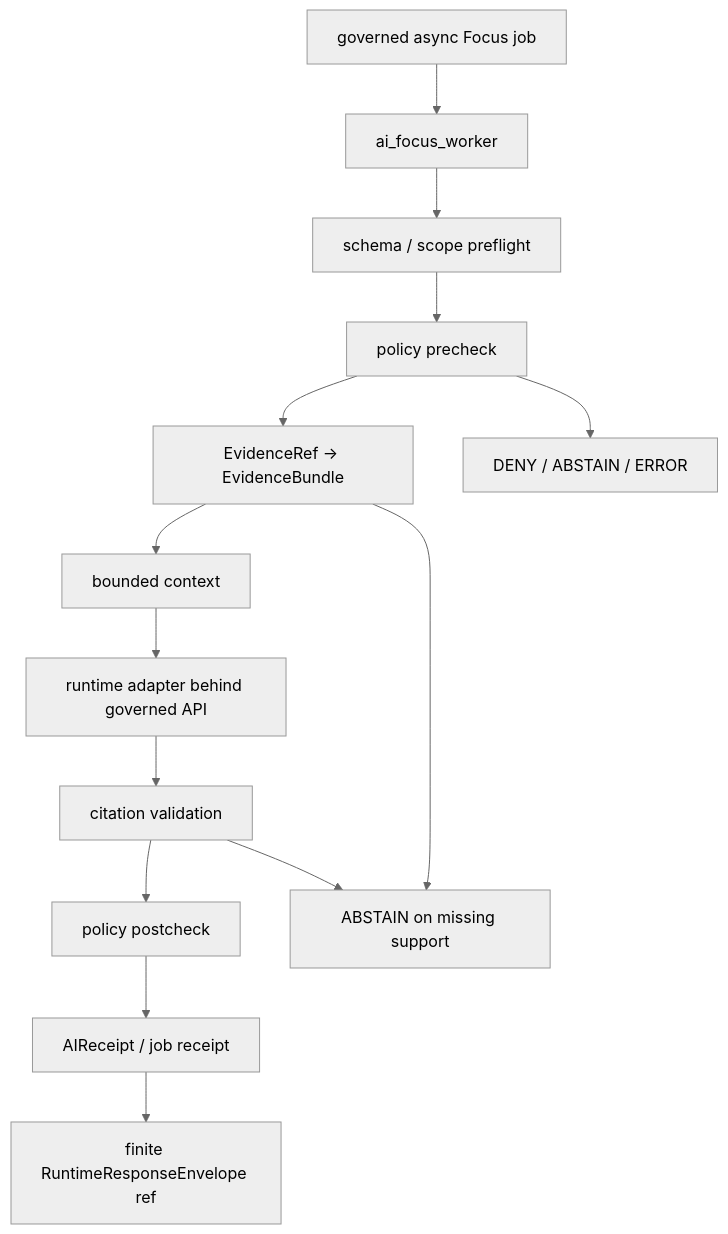
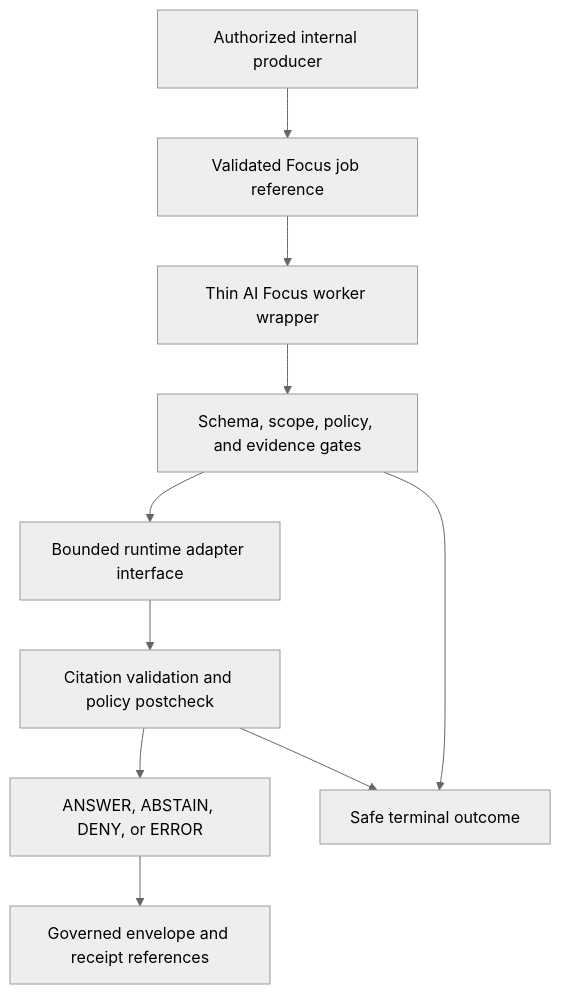
Before and after one commit to bartytime4life/Kansas-Frontier-Matrix: the diagram in apps/workers/src/ai_focus_worker/README.md, drawn with Mermaid (neutral theme). The commit also changed other lines of this file, not shown here.

Commit message:
docs(workers): modernize AI Focus worker README

````diff
--- a/apps/workers/src/ai_focus_worker/README.md
+++ b/apps/workers/src/ai_focus_worker/README.md
@@ -204,16 +339,12 @@
 ```mermaid
 flowchart TD
-    trigger["governed async Focus job"] --> worker["ai_focus_worker"]
-    worker --> preflight["schema / scope preflight"]
-    preflight --> policy1["policy precheck"]
-    policy1 --> evidence["EvidenceRef -> EvidenceBundle"]
-    evidence --> context["bounded context"]
-    context --> adapter["runtime adapter behind governed API"]
-    adapter --> cite["citation validation"]
-    cite --> policy2["policy postcheck"]
-    policy2 --> receipt["AIReceipt / job receipt"]
-    receipt --> envelope["finite RuntimeResponseEnvelope ref"]
-    policy1 --> deny["DENY / ABSTAIN / ERROR"]
-    evidence --> abstain["ABSTAIN on missing support"]
-    cite --> abstain
+    producer["Authorized internal producer"] --> job["Validated Focus job reference"]
+    job --> wrapper["Thin AI Focus worker wrapper"]
+    wrapper --> gates["Schema, scope, policy, and evidence gates"]
+    gates --> runtime["Bounded runtime adapter interface"]
+    runtime --> checks["Citation validation and policy postcheck"]
+    checks --> outcome["ANSWER, ABSTAIN, DENY, or ERROR"]
+    outcome --> records["Governed envelope and receipt references"]
+    gates --> terminal["Safe terminal outcome"]
+    checks --> terminal
 ```
````
